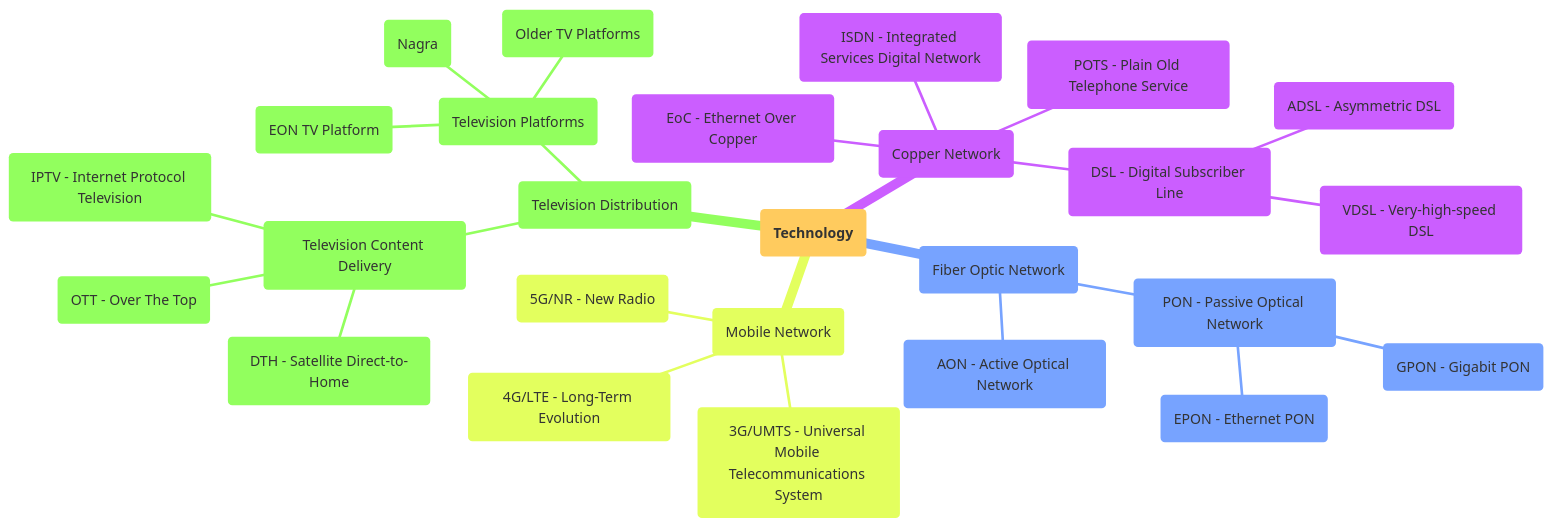
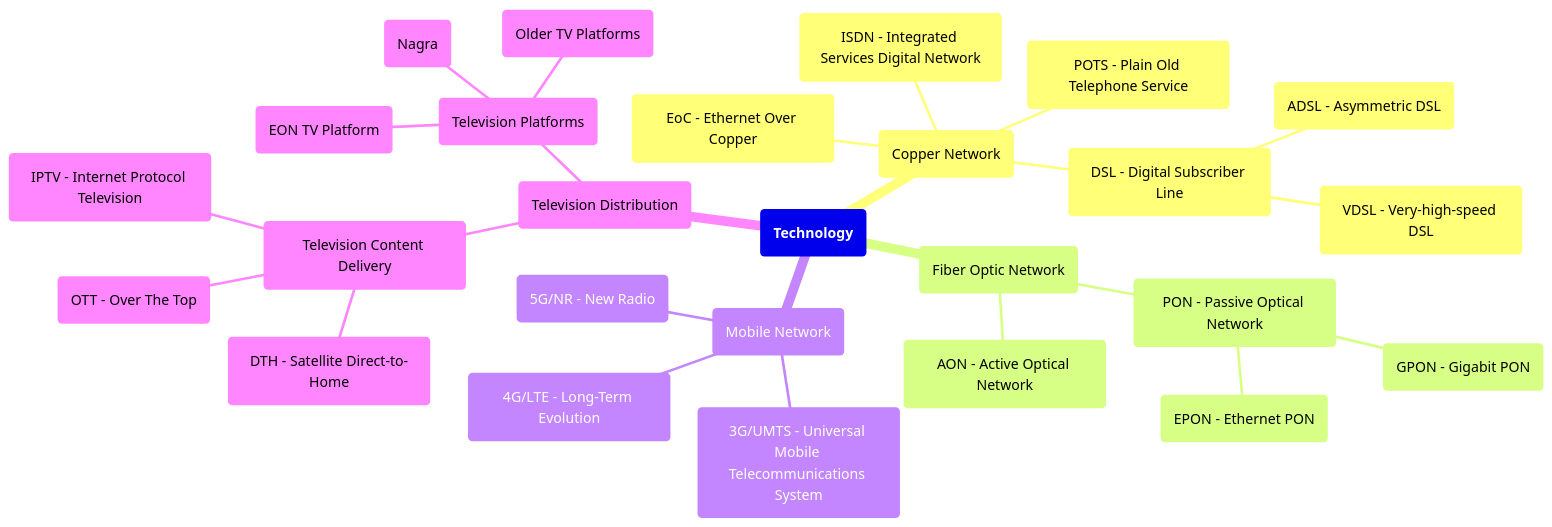
One commit to philip-mohsen/telecom changed the first of 4 diagrams in docs/mindmaps.md. Above: the diagram before and after it, drawn with Mermaid.

Commit message:
Changed mermaid theme settings

````diff
--- a/docs/mindmaps.md
+++ b/docs/mindmaps.md
@@ -13,35 +13,38 @@
 ```mermaid
 %%{
     init:{
         'theme': 'base',
-        'themeVariables': {'background': '#fff'}
+        'themeVariables': {
+            'darkMode': 'false',
+            'fontFamily': 'Roboto',
+        }
     }
 }%%
 mindmap
 (**Technology**)
     (Copper Network)
         (POTS - Plain Old Telephone Service)
         (DSL - Digital Subscriber Line)
             (ADSL - Asymmetric DSL)
             (VDSL - Very-high-speed DSL)
         (ISDN - Integrated Services Digital Network)
         (EoC - Ethernet Over Copper)
     (Fiber Optic Network)
         (AON - Active Optical Network)
         (PON - Passive Optical Network)
             (EPON - Ethernet PON)
             (GPON - Gigabit PON)
     (Mobile Network)
         (3G/UMTS - Universal Mobile Telecommunications System)
         (4G/LTE - Long-Term Evolution)
         (5G/NR - New Radio)
     (Television Distribution)
         (Television Content Delivery)
             (IPTV - Internet Protocol Television)
             (DTH - Satellite Direct-to-Home)
             (OTT - Over The Top)
         (Television Platforms)
             (EON TV Platform)
             (Nagra)
             (Older TV Platforms)
 ```
````
